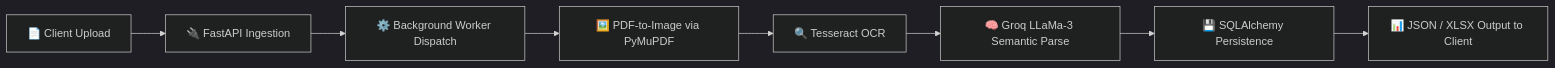
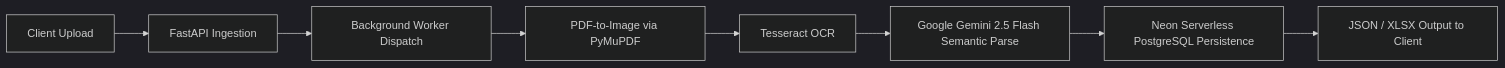
Before and after one commit to VRCHAMPION/gst_invoice_scanner: the first of 4 diagrams in ARCHITECTURE.md, drawn with Mermaid (dark theme). The commit also changed other lines of this file, not shown here.

````diff
--- a/ARCHITECTURE.md
+++ b/ARCHITECTURE.md
@@ -24,10 +24,10 @@
 ```mermaid
 flowchart LR
-    A[📄 Client Upload] --> B[🔌 FastAPI Ingestion]
-    B --> C[⚙️ Background Worker Dispatch]
-    C --> D[🖼️ PDF-to-Image via PyMuPDF]
-    D --> E[🔍 Tesseract OCR]
-    E --> F[🧠 Groq LLaMa-3 Semantic Parse]
-    F --> G[💾 SQLAlchemy Persistence]
-    G --> H[📊 JSON / XLSX Output to Client]
+    A[Client Upload] --> B[FastAPI Ingestion]
+    B --> C[Background Worker Dispatch]
+    C --> D[PDF-to-Image via PyMuPDF]
+    D --> E[Tesseract OCR]
+    E --> F[Google Gemini 2.5 Flash Semantic Parse]
+    F --> G[Neon Serverless PostgreSQL Persistence]
+    G --> H[JSON / XLSX Output to Client]
 ```
````
